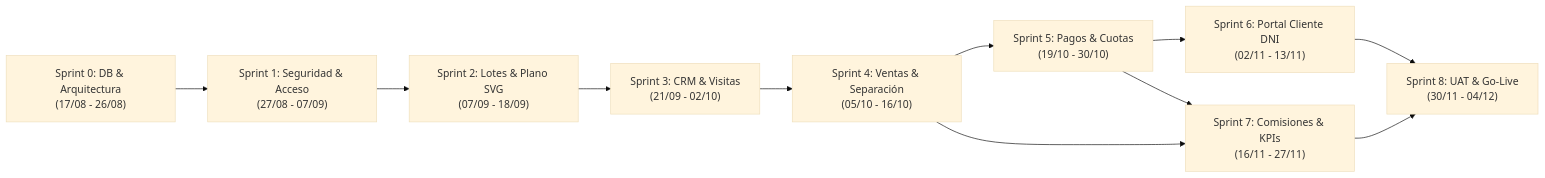
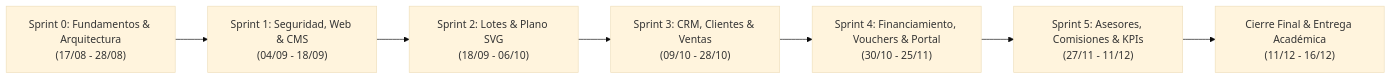
The diagram in docs/02_requerimientos_especificaciones/DOCUMENTO_MAESTRO_REQUERIMIENTOS_Y_SPRINTS_ALINEADO.md (astarothprueba10-ui/SGI-Monolithe), drawn with Mermaid (base theme) before and after one commit. The commit also changed other lines of this file and 10 other files, not shown here.

````diff
--- a/docs/02_requerimientos_especificaciones/DOCUMENTO_MAESTRO_REQUERIMIENTOS_Y_SPRINTS_ALINEADO.md
+++ b/docs/02_requerimientos_especificaciones/DOCUMENTO_MAESTRO_REQUERIMIENTOS_Y_SPRINTS_ALINEADO.md
@@ -27,13 +27,9 @@
 ```mermaid
 flowchart LR
-    S0["Sprint 0: DB & Arquitectura\n(17/08 - 26/08)"] --> S1["Sprint 1: Seguridad & Acceso\n(27/08 - 07/09)"]
-    S1 --> S2["Sprint 2: Lotes & Plano SVG\n(07/09 - 18/09)"]
-    S2 --> S3["Sprint 3: CRM & Visitas\n(21/09 - 02/10)"]
-    S3 --> S4["Sprint 4: Ventas & Separación\n(05/10 - 16/10)"]
-    S4 --> S5["Sprint 5: Pagos & Cuotas\n(19/10 - 30/10)"]
-    S5 --> S6["Sprint 6: Portal Cliente DNI\n(02/11 - 13/11)"]
-    S4 --> S7["Sprint 7: Comisiones & KPIs\n(16/11 - 27/11)"]
-    S5 --> S7
-    S6 --> S8["Sprint 8: UAT & Go-Live\n(30/11 - 04/12)"]
-    S7 --> S8
+    S0["Sprint 0: Fundamentos & Arquitectura\n(17/08 - 28/08)"] --> S1["Sprint 1: Seguridad, Web & CMS\n(04/09 - 18/09)"]
+    S1 --> S2["Sprint 2: Lotes & Plano SVG\n(18/09 - 06/10)"]
+    S2 --> S3["Sprint 3: CRM, Clientes & Ventas\n(09/10 - 28/10)"]
+    S3 --> S4["Sprint 4: Financiamiento, Vouchers & Portal\n(30/10 - 25/11)"]
+    S4 --> S5["Sprint 5: Asesores, Comisiones & KPIs\n(27/11 - 11/12)"]
+    S5 --> Cierre["Cierre Final & Entrega Académica\n(11/12 - 16/12)"]
 ```
````
